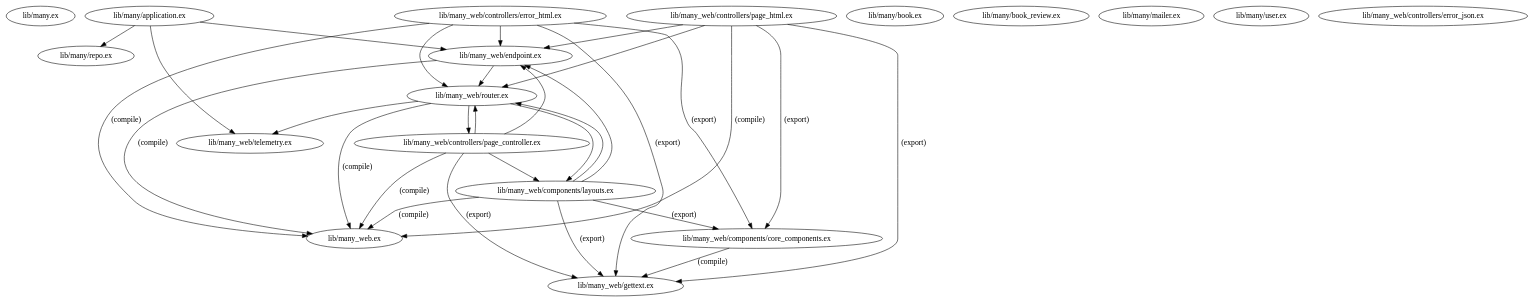
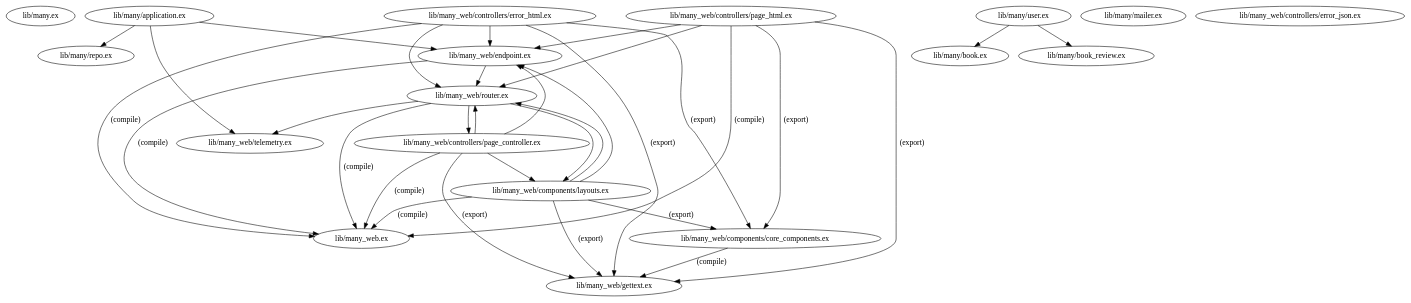
The diagram in xref_graph.dot (axelson/typed_ecto_schema_repro), drawn with Graphviz before and after one commit. The commit also changed 1 other file, not shown here.

Commit message:
Add the many_to_many

```diff
--- a/xref_graph.dot
+++ b/xref_graph.dot
@@ -1,50 +1,52 @@
 digraph "xref graph" {
   "lib/many.ex"
   "lib/many/application.ex"
   "lib/many/application.ex" -> "lib/many/repo.ex"
   "lib/many/application.ex" -> "lib/many_web/endpoint.ex"
   "lib/many_web/endpoint.ex" -> "lib/many_web.ex" [label="(compile)"]
   "lib/many_web/endpoint.ex" -> "lib/many_web/router.ex"
   "lib/many_web/router.ex" -> "lib/many_web.ex" [label="(compile)"]
   "lib/many_web/router.ex" -> "lib/many_web/components/layouts.ex"
   "lib/many_web/components/layouts.ex" -> "lib/many_web.ex" [label="(compile)"]
   "lib/many_web/components/layouts.ex" -> "lib/many_web/components/core_components.ex" [label="(export)"]
   "lib/many_web/components/core_components.ex" -> "lib/many_web/gettext.ex" [label="(compile)"]
   "lib/many_web/components/layouts.ex" -> "lib/many_web/endpoint.ex"
   "lib/many_web/components/layouts.ex" -> "lib/many_web/gettext.ex" [label="(export)"]
   "lib/many_web/components/layouts.ex" -> "lib/many_web/router.ex"
   "lib/many_web/router.ex" -> "lib/many_web/controllers/page_controller.ex"
   "lib/many_web/controllers/page_controller.ex" -> "lib/many_web.ex" [label="(compile)"]
   "lib/many_web/controllers/page_controller.ex" -> "lib/many_web/components/layouts.ex"
   "lib/many_web/controllers/page_controller.ex" -> "lib/many_web/endpoint.ex"
   "lib/many_web/controllers/page_controller.ex" -> "lib/many_web/gettext.ex" [label="(export)"]
   "lib/many_web/controllers/page_controller.ex" -> "lib/many_web/router.ex"
   "lib/many_web/router.ex" -> "lib/many_web/telemetry.ex"
   "lib/many/application.ex" -> "lib/many_web/telemetry.ex"
   "lib/many/book.ex"
   "lib/many/book_review.ex"
   "lib/many/mailer.ex"
   "lib/many/repo.ex"
   "lib/many/user.ex"
+  "lib/many/user.ex" -> "lib/many/book.ex"
+  "lib/many/user.ex" -> "lib/many/book_review.ex"
   "lib/many_web.ex"
   "lib/many_web/components/core_components.ex"
   "lib/many_web/components/layouts.ex"
   "lib/many_web/controllers/error_html.ex"
   "lib/many_web/controllers/error_html.ex" -> "lib/many_web.ex" [label="(compile)"]
   "lib/many_web/controllers/error_html.ex" -> "lib/many_web/components/core_components.ex" [label="(export)"]
   "lib/many_web/controllers/error_html.ex" -> "lib/many_web/endpoint.ex"
   "lib/many_web/controllers/error_html.ex" -> "lib/many_web/gettext.ex" [label="(export)"]
   "lib/many_web/controllers/error_html.ex" -> "lib/many_web/router.ex"
   "lib/many_web/controllers/error_json.ex"
   "lib/many_web/controllers/page_controller.ex"
   "lib/many_web/controllers/page_html.ex"
   "lib/many_web/controllers/page_html.ex" -> "lib/many_web.ex" [label="(compile)"]
   "lib/many_web/controllers/page_html.ex" -> "lib/many_web/components/core_components.ex" [label="(export)"]
   "lib/many_web/controllers/page_html.ex" -> "lib/many_web/endpoint.ex"
   "lib/many_web/controllers/page_html.ex" -> "lib/many_web/gettext.ex" [label="(export)"]
   "lib/many_web/controllers/page_html.ex" -> "lib/many_web/router.ex"
   "lib/many_web/endpoint.ex"
   "lib/many_web/gettext.ex"
   "lib/many_web/router.ex"
   "lib/many_web/telemetry.ex"
 }
```
